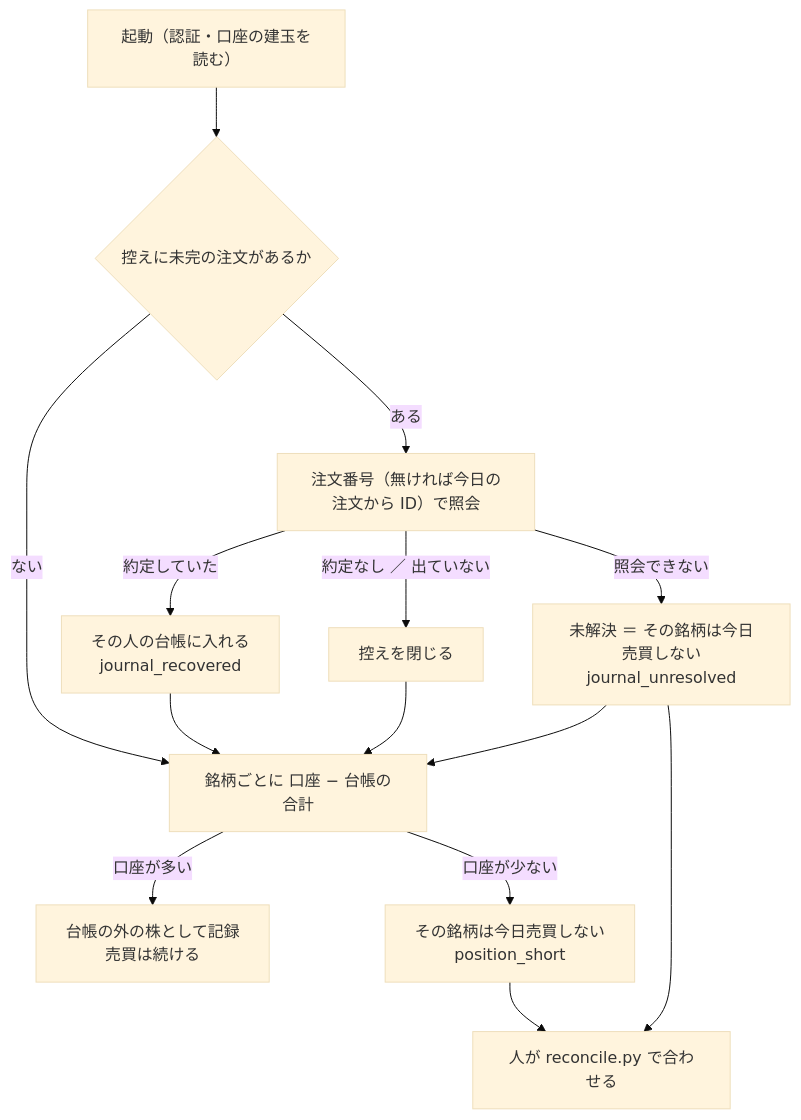
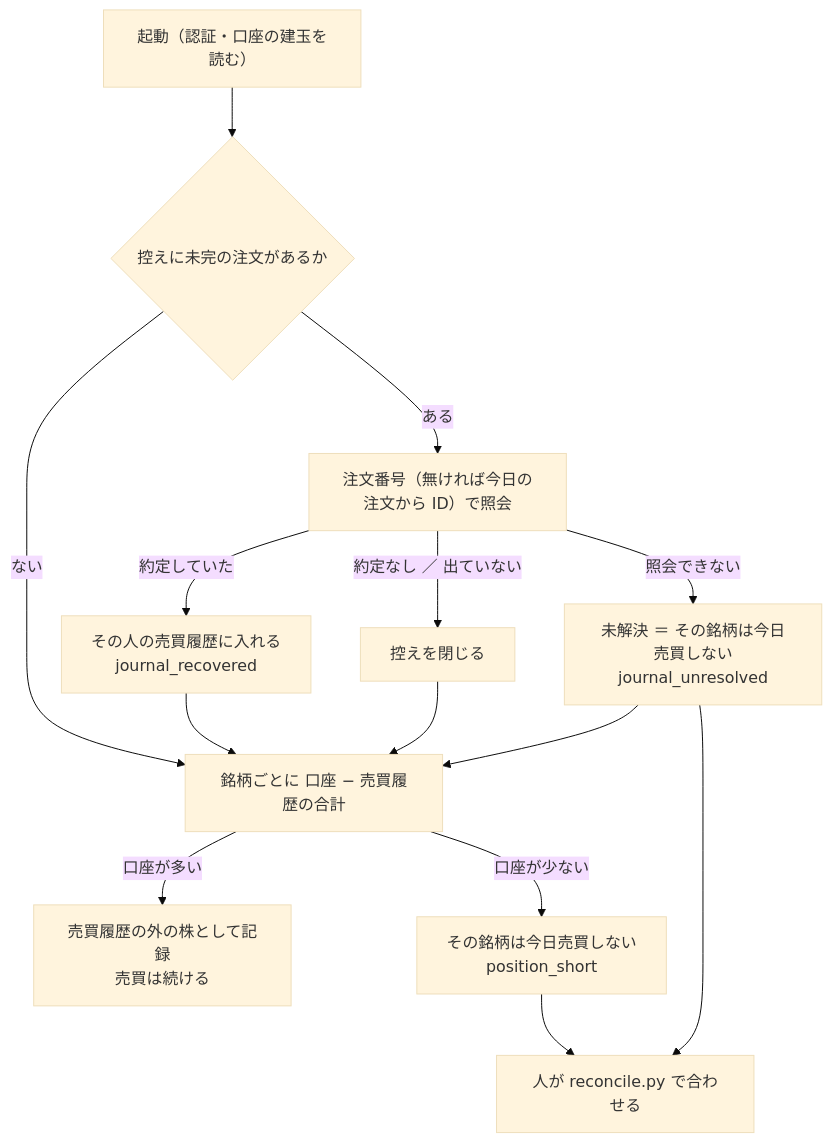
One commit to akiraak/ai-income-lab changed the sixth of 8 diagrams in docs/specs/experiments/live-trading.md. Above: the diagram before and after it, drawn with Mermaid (base theme). The commit also changed other lines of this file and 52 other files, not shown here.

````diff
--- a/docs/specs/experiments/live-trading.md
+++ b/docs/specs/experiments/live-trading.md
@@ -485,16 +485,16 @@
 ```mermaid
 flowchart TD
   S["起動（認証・口座の建玉を読む）"] --> J{"控えに未完の注文があるか"}
   J -->|ある| Q["注文番号（無ければ今日の注文から ID）で照会"]
-  Q -->|約定していた| A["その人の台帳に入れる<br/>journal_recovered"]
+  Q -->|約定していた| A["その人の売買履歴に入れる<br/>journal_recovered"]
   Q -->|約定なし ／ 出ていない| N["控えを閉じる"]
   Q -->|照会できない| U["未解決 ＝ その銘柄は今日売買しない<br/>journal_unresolved"]
   J -->|ない| C
-  A --> C["銘柄ごとに 口座 − 台帳の合計"]
+  A --> C["銘柄ごとに 口座 − 売買履歴の合計"]
   N --> C
   U --> C
-  C -->|口座が多い| O["台帳の外の株として記録<br/>売買は続ける"]
+  C -->|口座が多い| O["売買履歴の外の株として記録<br/>売買は続ける"]
   C -->|口座が少ない| B["その銘柄は今日売買しない<br/>position_short"]
   B --> H["人が reconcile.py で合わせる"]
   U --> H
 ```
````
